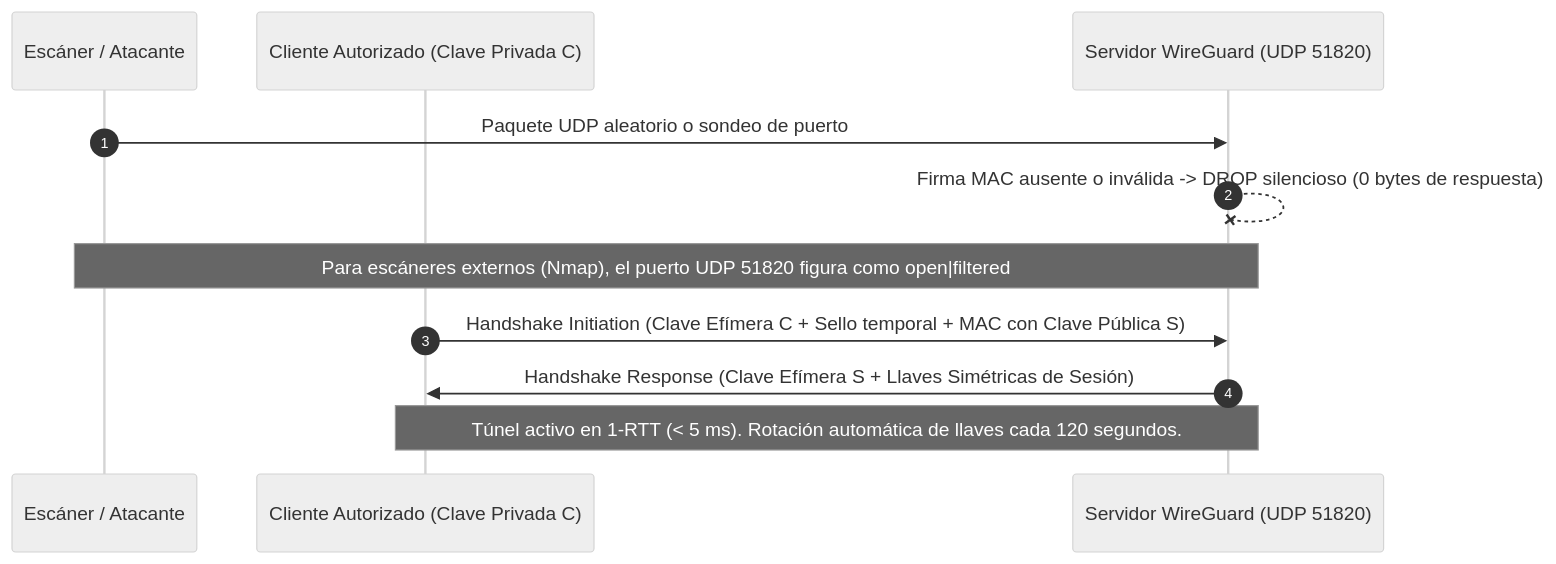
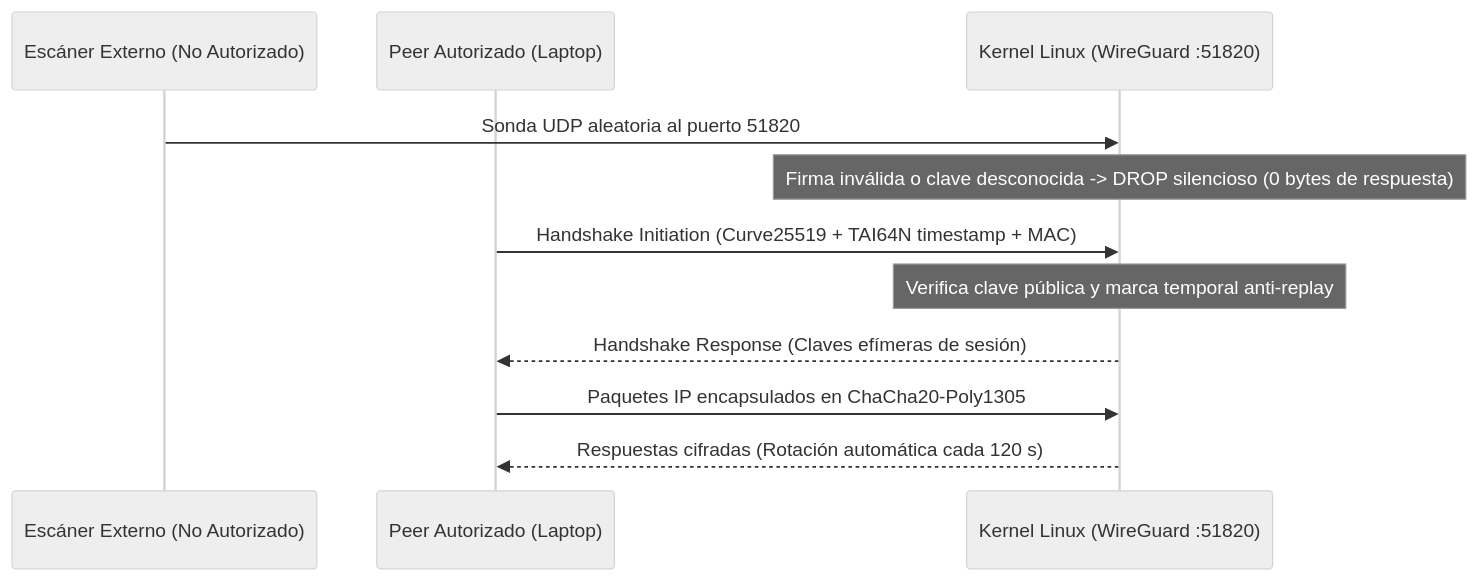
One commit to JorgeDoicela/jorge_doicela changed the second of 2 diagrams in frontend/web/src/app/(doiceladev)/entities/projects/drafts/es.vpn-privada-wireguard-linux.md. Above: the diagram before and after it, drawn with Mermaid (neutral theme). The commit also changed other lines of this file and 16 other files, not shown here.

Commit message:
feat(doiceladev): enriquecer blog y proyecto WireGuard, reemplazar debate del foro y migrar ThemeProvider nativo React 19

````diff
--- a/frontend/web/src/app/(doiceladev)/entities/projects/drafts/es.vpn-privada-wireguard-linux.md
+++ b/frontend/web/src/app/(doiceladev)/entities/projects/drafts/es.vpn-privada-wireguard-linux.md
@@ -82,15 +85,15 @@
 ```mermaid
 sequenceDiagram
-    autonumber
-    participant E as Escáner / Atacante
-    participant C as Cliente Autorizado (Clave Privada C)
-    participant S as Servidor WireGuard (UDP 51820)
+    participant Attacker as Escáner Externo (No Autorizado)
+    participant Client as Peer Autorizado (Laptop)
+    participant Kernel as Kernel Linux (WireGuard :51820)
 
-    E->>S: Paquete UDP aleatorio o sondeo de puerto
-    S--xS: Firma MAC ausente o inválida -> DROP silencioso (0 bytes de respuesta)
-    Note over E,S: Para escáneres externos (Nmap), el puerto UDP 51820 figura como open|filtered
+    Attacker->>Kernel: Sonda UDP aleatoria al puerto 51820
+    Note over Kernel: Firma inválida o clave desconocida -> DROP silencioso (0 bytes de respuesta)
 
-    C->>S: Handshake Initiation (Clave Efímera C + Sello temporal + MAC con Clave Pública S)
-    S->>C: Handshake Response (Clave Efímera S + Llaves Simétricas de Sesión)
-    Note over C,S: Túnel activo en 1-RTT (< 5 ms). Rotación automática de llaves cada 120 segundos.
+    Client->>Kernel: Handshake Initiation (Curve25519 + TAI64N timestamp + MAC)
+    Note over Kernel: Verifica clave pública y marca temporal anti-replay
+    Kernel-->>Client: Handshake Response (Claves efímeras de sesión)
+    Client->>Kernel: Paquetes IP encapsulados en ChaCha20-Poly1305
+    Kernel-->>Client: Respuestas cifradas (Rotación automática cada 120 s)
 ```
````
